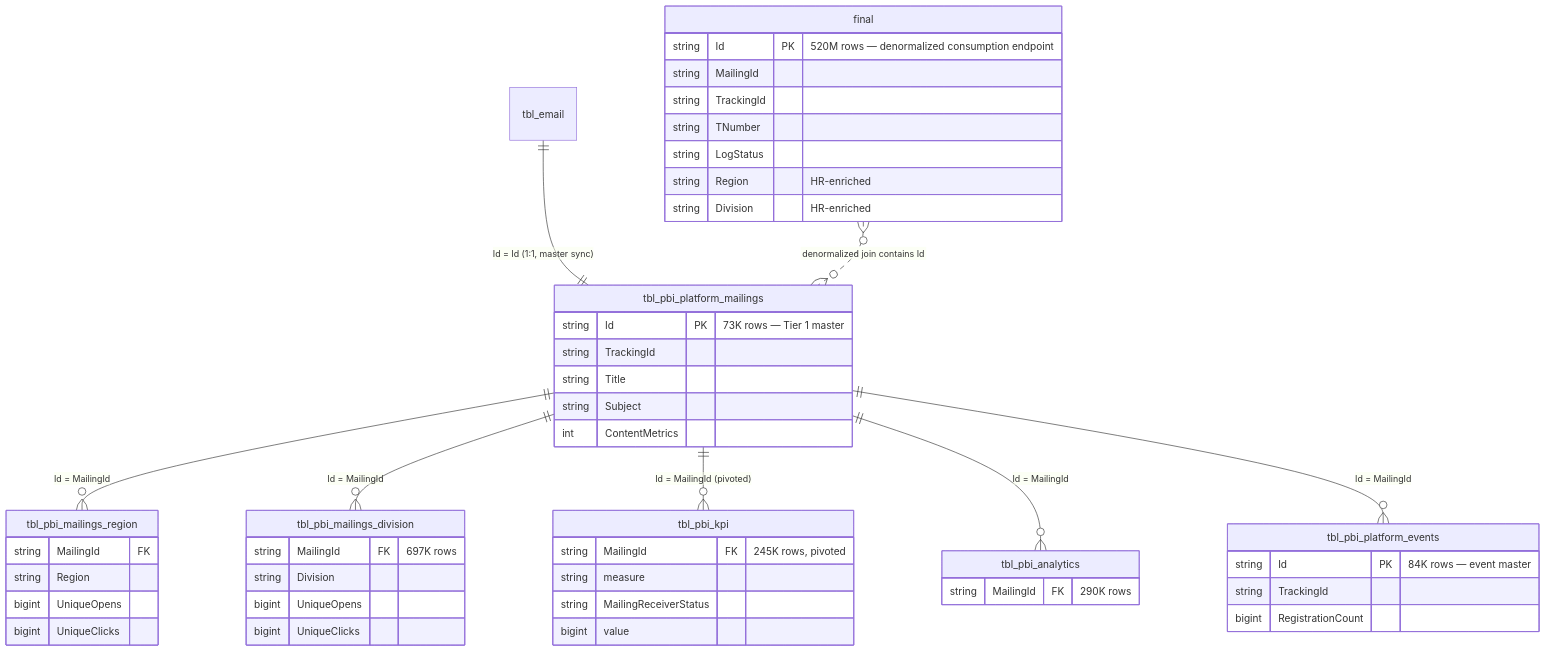
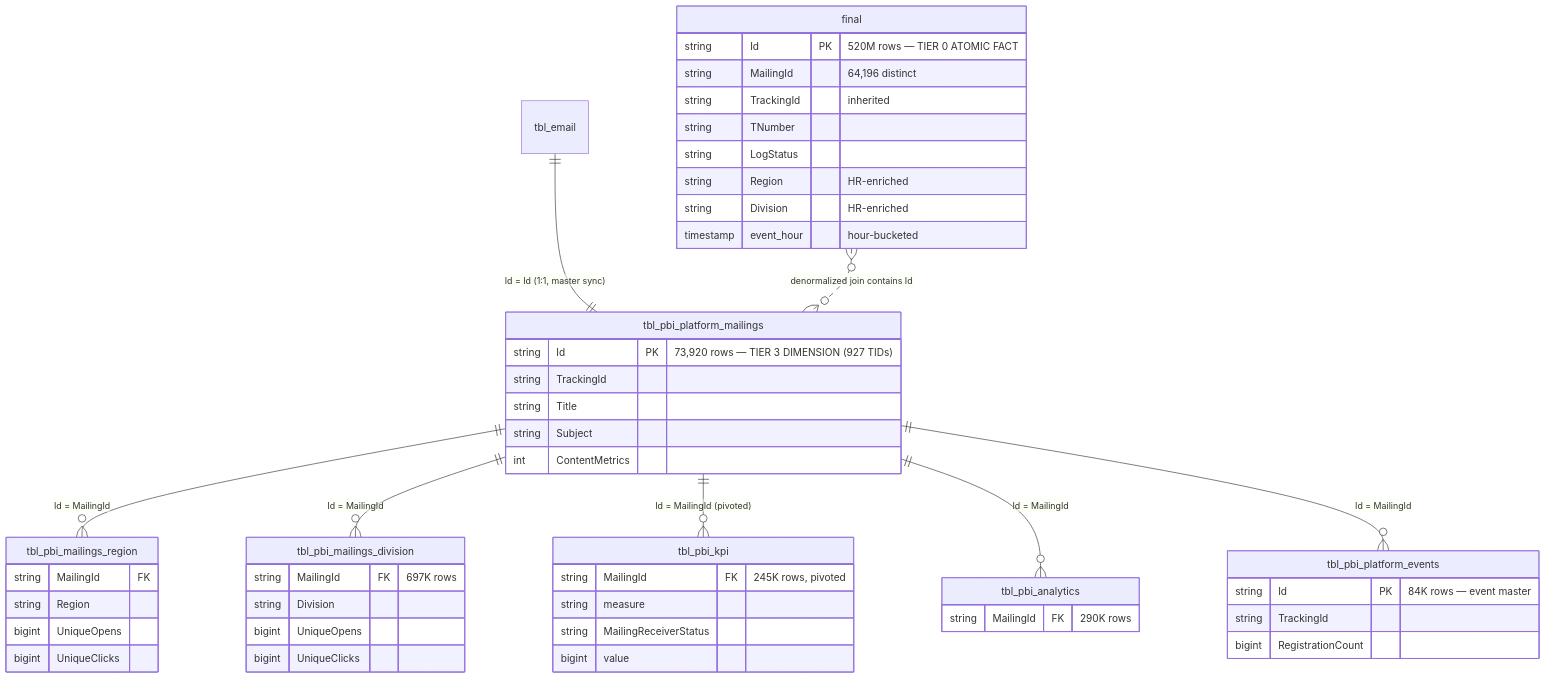
Before and after one commit to dallmi/Databricks: the diagram in docs/diagrams/er_imep_gold.md, drawn with Mermaid. The commit also changed other lines of this file and 10 other files, not shown here.

````diff
--- a/docs/diagrams/er_imep_gold.md
+++ b/docs/diagrams/er_imep_gold.md
@@ -9,53 +20,54 @@
 ```mermaid
 erDiagram
     tbl_pbi_platform_mailings ||--o{ tbl_pbi_mailings_region   : "Id = MailingId"
     tbl_pbi_platform_mailings ||--o{ tbl_pbi_mailings_division : "Id = MailingId"
     tbl_pbi_platform_mailings ||--o{ tbl_pbi_kpi               : "Id = MailingId (pivoted)"
     tbl_pbi_platform_mailings ||--o{ tbl_pbi_analytics         : "Id = MailingId"
     tbl_pbi_platform_mailings ||--o{ tbl_pbi_platform_events   : "Id = MailingId"
     tbl_email                 ||--|| tbl_pbi_platform_mailings : "Id = Id (1:1, master sync)"
     final                     }o..o{ tbl_pbi_platform_mailings : "denormalized join contains Id"
 
     tbl_pbi_platform_mailings {
-        string Id PK "73K rows — Tier 1 master"
+        string Id PK "73,920 rows — TIER 3 DIMENSION (927 TIDs)"
         string TrackingId
         string Title
         string Subject
         int ContentMetrics
     }
     tbl_pbi_mailings_region {
         string MailingId FK
         string Region
         bigint UniqueOpens
         bigint UniqueClicks
     }
     tbl_pbi_mailings_division {
         string MailingId FK "697K rows"
         string Division
         bigint UniqueOpens
         bigint UniqueClicks
     }
     tbl_pbi_kpi {
         string MailingId FK "245K rows, pivoted"
         string measure
         string MailingReceiverStatus
         bigint value
     }
     tbl_pbi_analytics {
         string MailingId FK "290K rows"
     }
     tbl_pbi_platform_events {
         string Id PK "84K rows — event master"
         string TrackingId
         bigint RegistrationCount
     }
     final {
-        string Id PK "520M rows — denormalized consumption endpoint"
-        string MailingId
-        string TrackingId
+        string Id PK "520M rows — TIER 0 ATOMIC FACT"
+        string MailingId "64,196 distinct"
+        string TrackingId "inherited"
         string TNumber
         string LogStatus
         string Region "HR-enriched"
         string Division "HR-enriched"
+        timestamp event_hour "hour-bucketed"
     }
 ```
````
